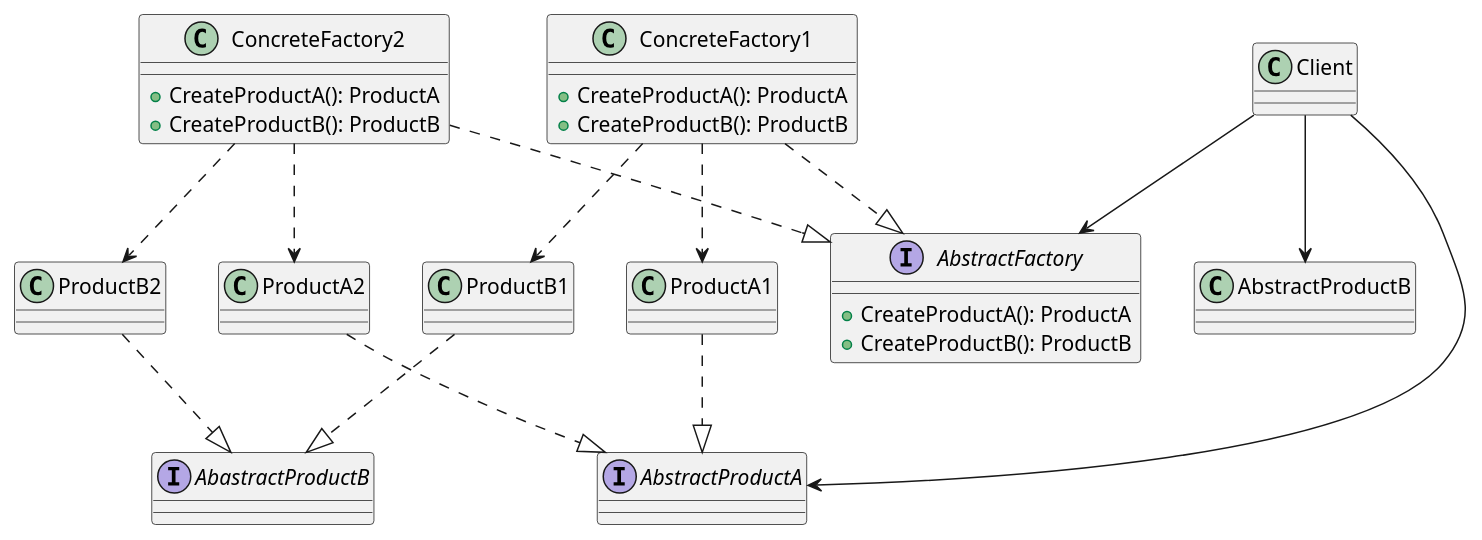
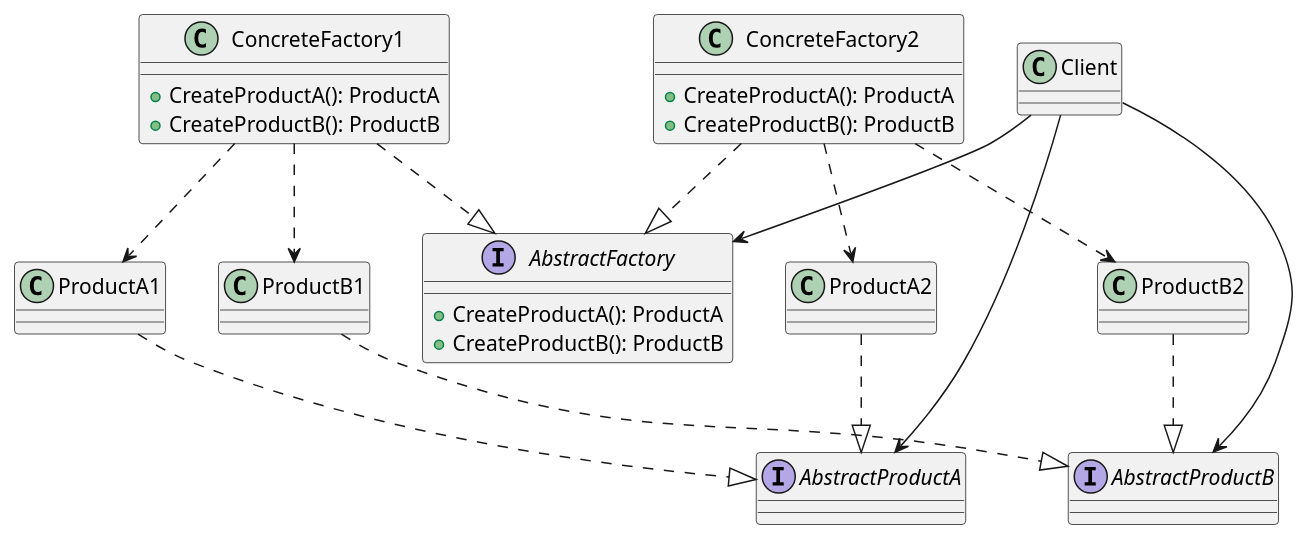
The diagram in java/creational patterns/abstract factory/etc/structure.puml (james5635/GeekForGeek-Design-Pattern), drawn with PlantUML before and after one commit. The commit also changed 19 other files, not shown here.

```diff
--- a/java/creational patterns/abstract factory/etc/structure.puml
+++ b/java/creational patterns/abstract factory/etc/structure.puml
@@ -1,50 +1,50 @@
 @startuml
 
 ' skinparam linetype polyline
 ' skinparam linetype ortho
 
 interface AbstractFactory {
     +CreateProductA(): ProductA
     +CreateProductB(): ProductB
 }
 class ConcreteFactory1{
     +CreateProductA(): ProductA
     +CreateProductB(): ProductB
 }
 class ConcreteFactory2{
     +CreateProductA(): ProductA
     +CreateProductB(): ProductB
 }
 interface AbstractProductA{
 }
 class ProductA1{
 
 }
 class ProductA2{
 
 }
-interface AbastractProductB{
+interface AbstractProductB{
 
 }
 class ProductB1{
 
 }
 class ProductB2{
 
 }
 class Client
 
 ConcreteFactory1 ..|> AbstractFactory
 ConcreteFactory2 ..|> AbstractFactory
 ProductA1 ..|> AbstractProductA
 ProductA2 ..|> AbstractProductA
-ProductB1 ..|> AbastractProductB
-ProductB2 ..|> AbastractProductB
+ProductB1 ..|> AbstractProductB
+ProductB2 ..|> AbstractProductB
 ConcreteFactory1 ..> ProductA1
 ConcreteFactory1 ..> ProductB1
 ConcreteFactory2 ..> ProductA2
 ConcreteFactory2 ..> ProductB2
 Client --> AbstractFactory
 Client --> AbstractProductA
 Client --> AbstractProductB
 @enduml
```
